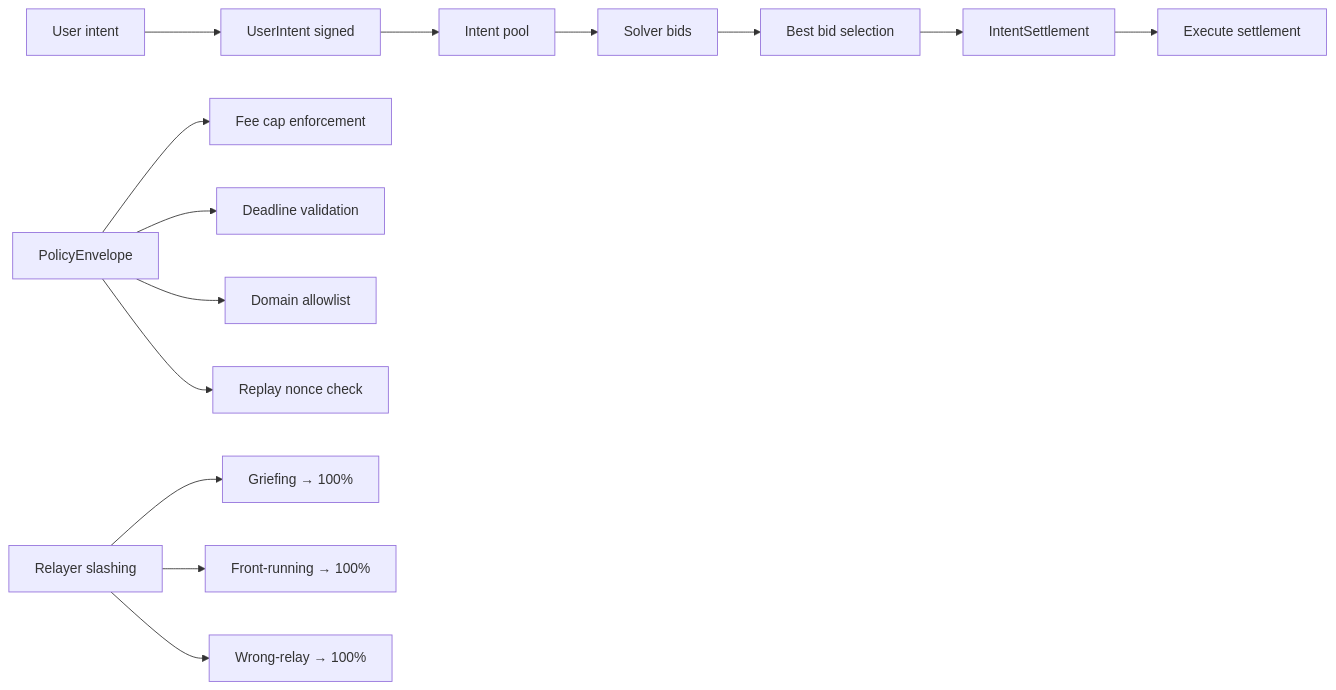
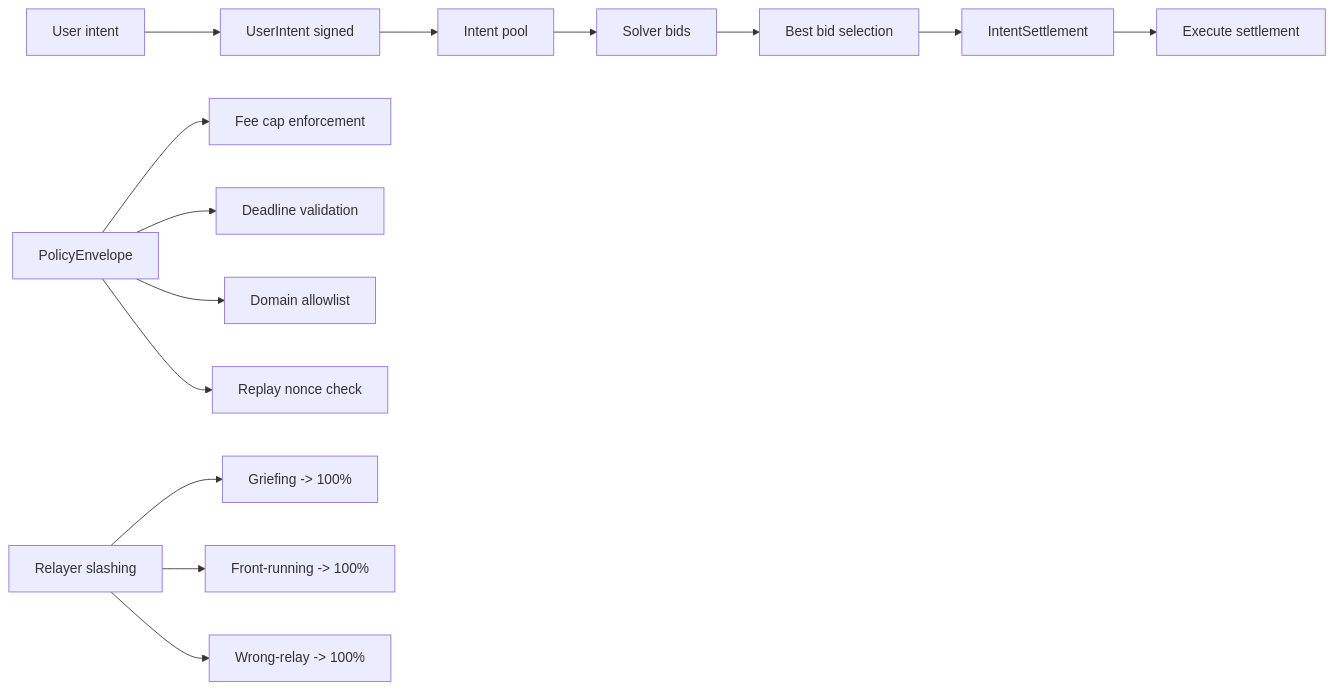
One commit to budlum-xyz/budlum changed diagram 35 of 51 in docs/ARCHITECTURE.md. Above: the diagram before and after it, drawn with Mermaid. The commit also changed other lines of this file, not shown here.

````diff
--- a/docs/ARCHITECTURE.md
+++ b/docs/ARCHITECTURE.md
@@ -1062,16 +1062,16 @@
 ```mermaid
 flowchart LR
   User[User intent] --> Intent[UserIntent signed]
   Intent --> Pool[Intent pool]
   Pool --> Solver[Solver bids]
   Solver --> Best[Best bid selection]
   Best --> Settle[IntentSettlement]
   Settle --> Execute[Execute settlement]
   Policy[PolicyEnvelope] --> FeeCap[Fee cap enforcement]
   Policy --> Deadline[Deadline validation]
   Policy --> Domain[Domain allowlist]
   Policy --> Replay[Replay nonce check]
-  Slashing[Relayer slashing] --> Griefing[Griefing → 100%]
-  Slashing --> FrontRunning[Front-running → 100%]
-  Slashing --> WrongRelay[Wrong-relay → 100%]
+  Slashing[Relayer slashing] --> Griefing[Griefing -> 100%]
+  Slashing --> FrontRunning[Front-running -> 100%]
+  Slashing --> WrongRelay[Wrong-relay -> 100%]
 ```
````
